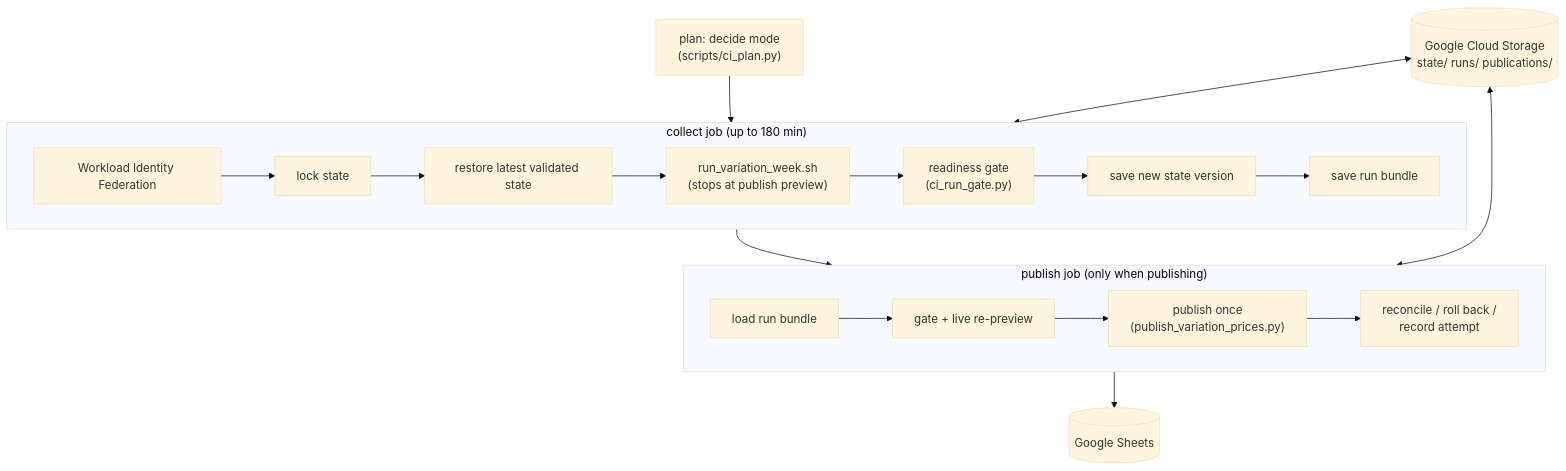
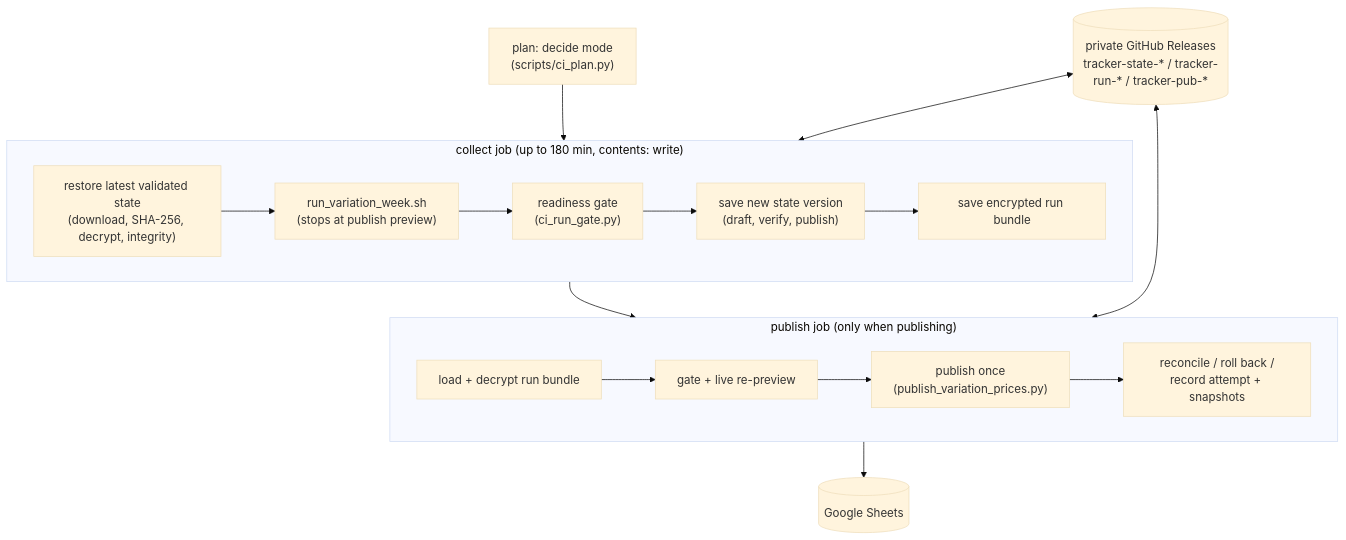
One commit to jarlericaa/laptop-price-tracker changed the diagram in docs/GITHUB_ACTIONS_SETUP.md. Above: the diagram before and after it, drawn with Mermaid (base theme). The commit also changed other lines of this file and 1 other file, not shown here.

First line of the commit message:
Document the GitHub-only automation setup

````diff
--- a/docs/GITHUB_ACTIONS_SETUP.md
+++ b/docs/GITHUB_ACTIONS_SETUP.md
@@ -67,21 +75,20 @@
 ```mermaid
 flowchart TD
     plan["plan: decide mode<br/>(scripts/ci_plan.py)"] --> collect
-    subgraph collect["collect job (up to 180 min)"]
-        auth["Workload Identity Federation"] --> lock["lock state"]
-        lock --> restore["restore latest validated state"]
+    subgraph collect["collect job (up to 180 min, contents: write)"]
+        restore["restore latest validated state<br/>(download, SHA-256, decrypt, integrity)"]
         restore --> driver["run_variation_week.sh<br/>(stops at publish preview)"]
         driver --> gate["readiness gate<br/>(ci_run_gate.py)"]
-        gate --> save["save new state version"]
-        save --> bundle["save run bundle"]
+        gate --> save["save new state version<br/>(draft, verify, publish)"]
+        save --> bundle["save encrypted run bundle"]
     end
     collect --> publish
     subgraph publish["publish job (only when publishing)"]
-        load["load run bundle"] --> regate["gate + live re-preview"]
+        load["load + decrypt run bundle"] --> regate["gate + live re-preview"]
         regate --> write["publish once<br/>(publish_variation_prices.py)"]
-        write --> reconcile["reconcile / roll back /<br/>record attempt"]
+        write --> reconcile["reconcile / roll back /<br/>record attempt + snapshots"]
     end
-    store[("Google Cloud Storage<br/>state/ runs/ publications/")] <--> collect
+    store[("private GitHub Releases<br/>tracker-state-* / tracker-run-* / tracker-pub-*")] <--> collect
     store <--> publish
     publish --> sheet[("Google Sheets")]
 ```
````
